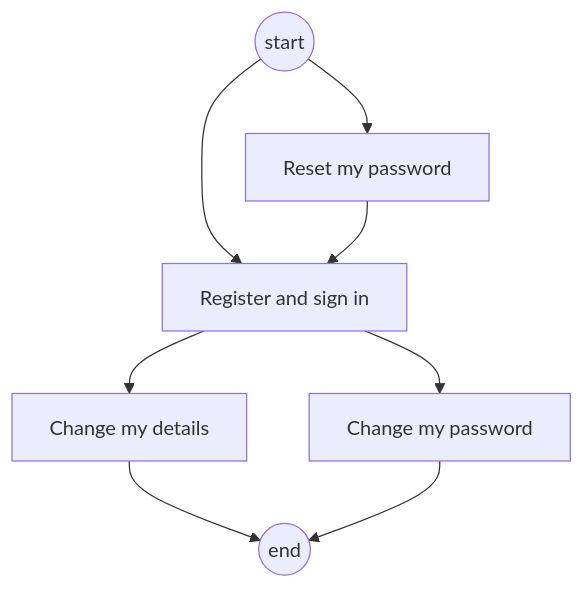
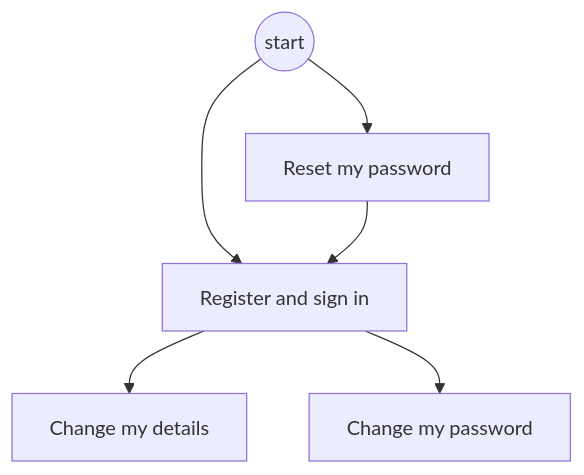
One commit to delphside/programme changed the second of 29 diagrams in docs/changes/workstreams/application-game-architecture/71-one-game-model/71-functional.md. Above: the diagram before and after it, drawn with Mermaid. The commit also changed other lines of this file, not shown here.

First line of the commit message:
app 0.9.2 api 2.16: 71: activity diagrams drop their explicit end nodes

````diff
--- a/docs/changes/workstreams/application-game-architecture/71-one-game-model/71-functional.md
+++ b/docs/changes/workstreams/application-game-architecture/71-one-game-model/71-functional.md
@@ -73,10 +73,8 @@
 ```mermaid
 flowchart TD
   s0((start)) --> a1["Register and sign in"]
   s0 --> a2["Reset my password"]
   a2 --> a1
   a1 --> a3["Change my details"]
   a1 --> a4["Change my password"]
-  a3 --> e0((end))
-  a4 --> e0
 ```
````
